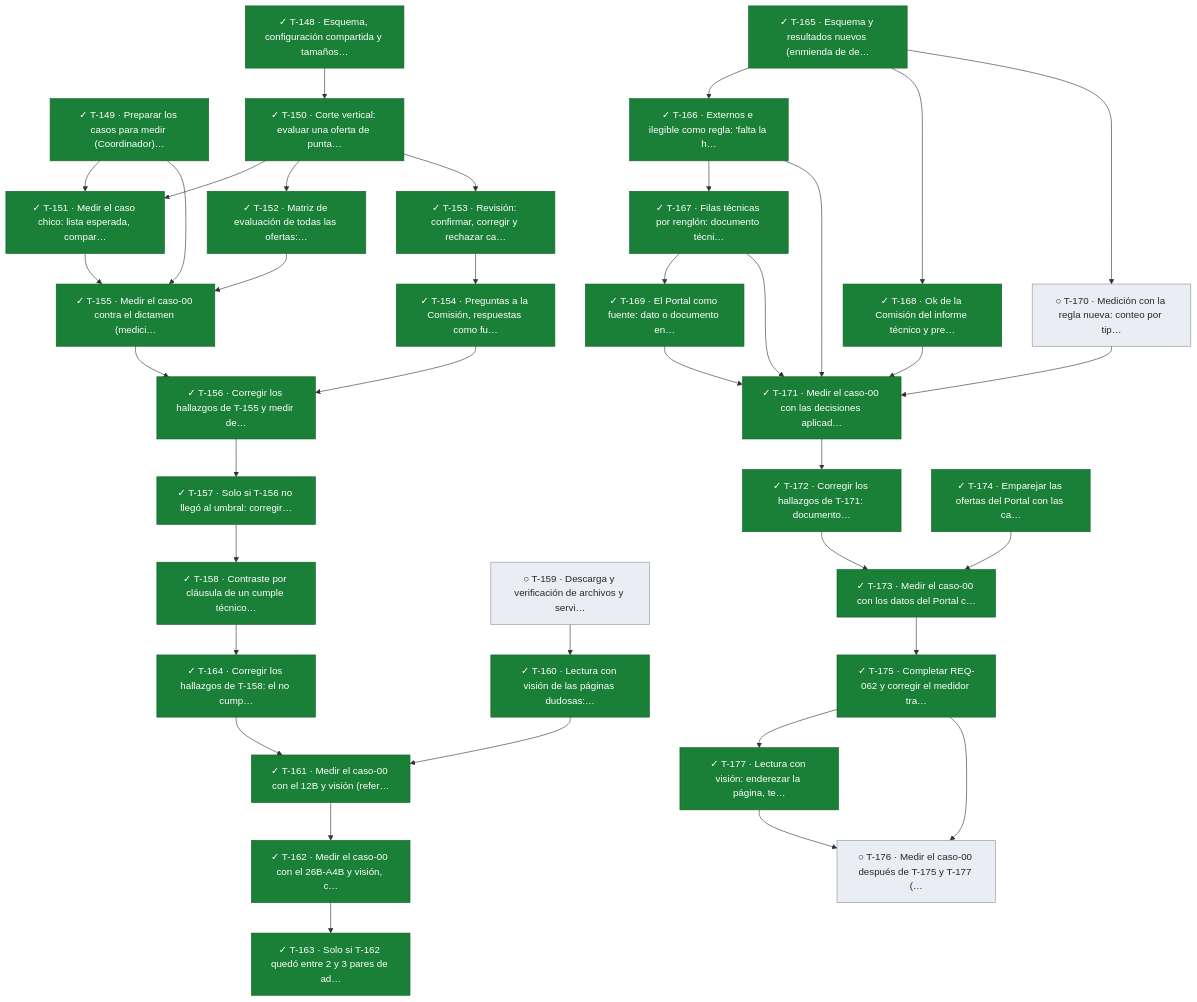
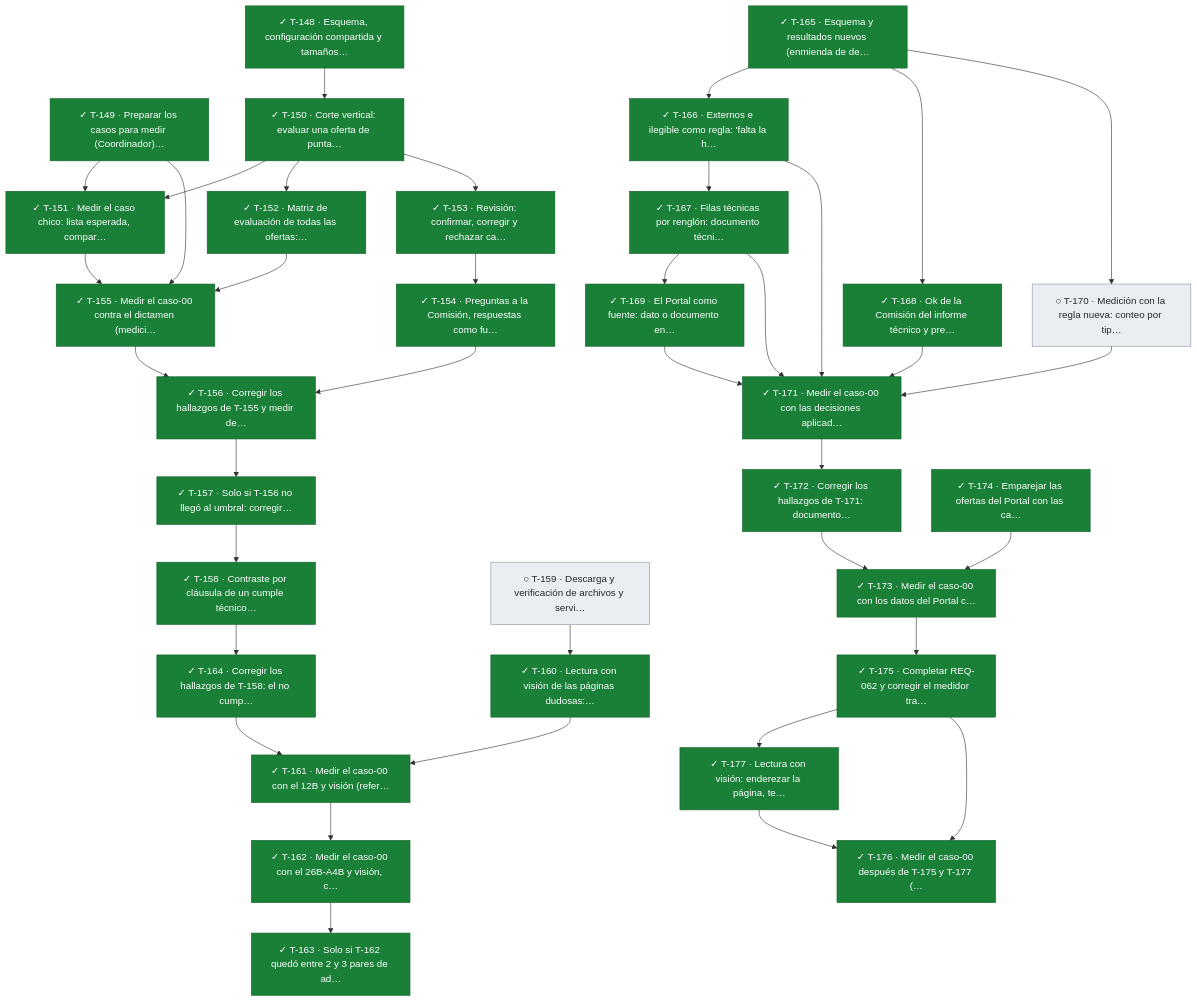
The seventh of 11 diagrams in docs/tablero.md (snavello/EVALUON), drawn with Mermaid before and after one commit. The commit also changed other lines of this file and 1 other file, not shown here.

````diff
--- a/docs/tablero.md
+++ b/docs/tablero.md
@@ -705,74 +705,74 @@
 ```mermaid
 flowchart TD
   T148["✓ T-148 · Esquema, configuración compartida y tamaños…"]:::done
   T149["✓ T-149 · Preparar los casos para medir (Coordinador)…"]:::done
   T150["✓ T-150 · Corte vertical: evaluar una oferta de punta…"]:::done
   T151["✓ T-151 · Medir el caso chico: lista esperada, compar…"]:::done
   T152["✓ T-152 · Matriz de evaluación de todas las ofertas:…"]:::done
   T153["✓ T-153 · Revisión: confirmar, corregir y rechazar ca…"]:::done
   T154["✓ T-154 · Preguntas a la Comisión, respuestas como fu…"]:::done
   T155["✓ T-155 · Medir el caso-00 contra el dictamen (medici…"]:::done
   T156["✓ T-156 · Corregir los hallazgos de T-155 y medir de…"]:::done
   T157["✓ T-157 · Solo si T-156 no llegó al umbral: corregir…"]:::done
   T158["✓ T-158 · Contraste por cláusula de un cumple técnico…"]:::done
   T164["✓ T-164 · Corregir los hallazgos de T-158: el no cump…"]:::done
   T159["○ T-159 · Descarga y verificación de archivos y servi…"]:::todo
   T160["✓ T-160 · Lectura con visión de las páginas dudosas:…"]:::done
   T161["✓ T-161 · Medir el caso-00 con el 12B y visión (refer…"]:::done
   T162["✓ T-162 · Medir el caso-00 con el 26B-A4B y visión, c…"]:::done
   T163["✓ T-163 · Solo si T-162 quedó entre 2 y 3 pares de ad…"]:::done
   T165["✓ T-165 · Esquema y resultados nuevos (enmienda de de…"]:::done
   T166["✓ T-166 · Externos e ilegible como regla: 'falta la h…"]:::done
   T167["✓ T-167 · Filas técnicas por renglón: documento técni…"]:::done
   T168["✓ T-168 · Ok de la Comisión del informe técnico y pre…"]:::done
   T169["✓ T-169 · El Portal como fuente: dato o documento en…"]:::done
   T170["○ T-170 · Medición con la regla nueva: conteo por tip…"]:::todo
   T171["✓ T-171 · Medir el caso-00 con las decisiones aplicad…"]:::done
   T172["✓ T-172 · Corregir los hallazgos de T-171: documento…"]:::done
   T173["✓ T-173 · Medir el caso-00 con los datos del Portal c…"]:::done
   T174["✓ T-174 · Emparejar las ofertas del Portal con las ca…"]:::done
   T175["✓ T-175 · Completar REQ-062 y corregir el medidor tra…"]:::done
   T177["✓ T-177 · Lectura con visión: enderezar la página, te…"]:::done
-  T176["○ T-176 · Medir el caso-00 después de T-175 y T-177 (…"]:::todo
+  T176["✓ T-176 · Medir el caso-00 después de T-175 y T-177 (…"]:::done
   T148 --> T150
   T149 --> T151
   T150 --> T151
   T150 --> T152
   T150 --> T153
   T153 --> T154
   T149 --> T155
   T151 --> T155
   T152 --> T155
   T154 --> T156
   T155 --> T156
   T156 --> T157
   T157 --> T158
   T158 --> T164
   T159 --> T160
   T160 --> T161
   T164 --> T161
   T161 --> T162
   T162 --> T163
   T165 --> T166
   T166 --> T167
   T165 --> T168
   T167 --> T169
   T165 --> T170
   T166 --> T171
   T167 --> T171
   T168 --> T171
   T169 --> T171
   T170 --> T171
   T171 --> T172
   T172 --> T173
   T174 --> T173
   T173 --> T175
   T175 --> T177
   T175 --> T176
   T177 --> T176
   classDef done fill:#1a7f37,stroke:#116329,color:#ffffff
   classDef review fill:#0969da,stroke:#0550ae,color:#ffffff
   classDef active fill:#bf8700,stroke:#7d4e00,color:#ffffff
   classDef blocked fill:#cf222e,stroke:#a40e26,color:#ffffff
   classDef todo fill:#eaeef2,stroke:#8c959f,color:#24292f
 ```
````
